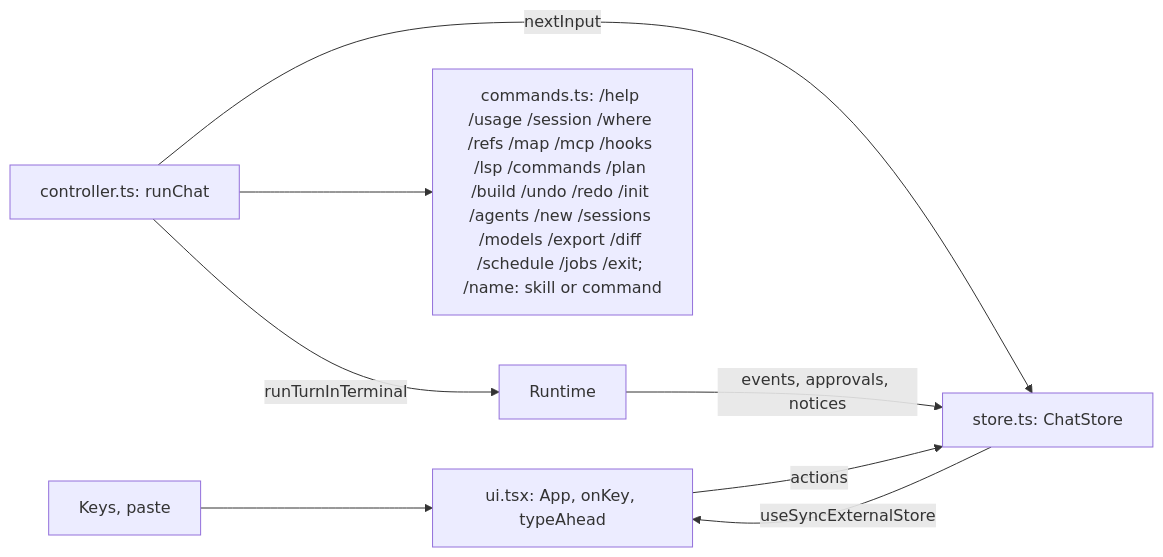
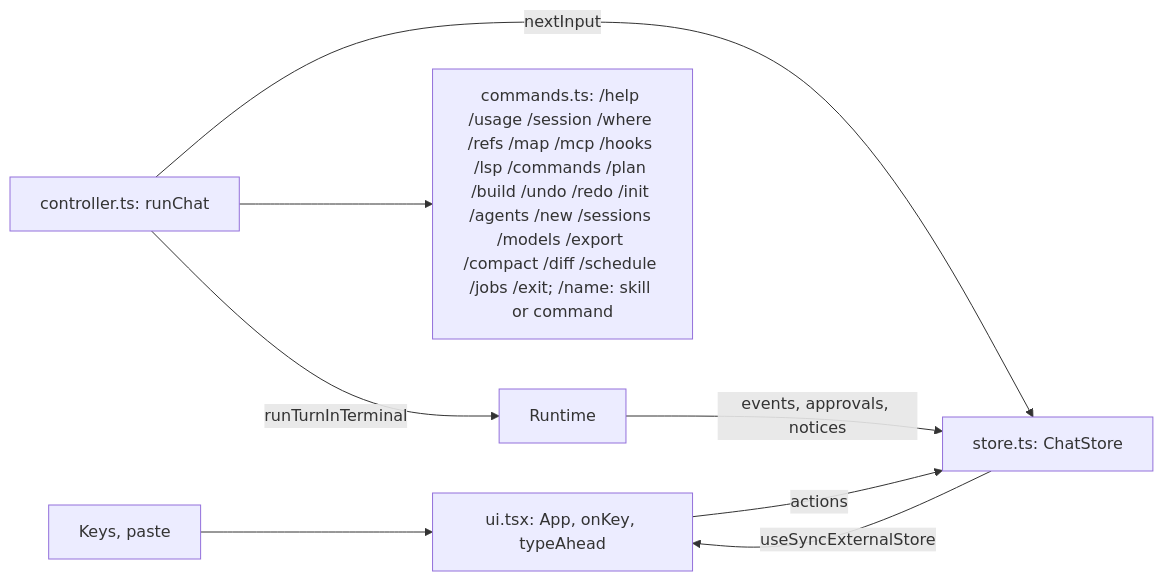
One commit to madhu-sv/garuda changed the diagram in docs/lld/cli.md. Above: the diagram before and after it, drawn with Mermaid. The commit also changed other lines of this file and 17 other files, not shown here.

````diff
--- a/docs/lld/cli.md
+++ b/docs/lld/cli.md
@@ -137,10 +137,10 @@
 ```mermaid
 flowchart LR
   keys[Keys, paste] --> ui[ui.tsx: App, onKey, typeAhead]
   ui -->|actions| store[store.ts: ChatStore]
   store -->|useSyncExternalStore| ui
   ctrl[controller.ts: runChat] -->|nextInput| store
-  ctrl --> cmds[commands.ts: /help /usage /session /where /refs /map /mcp /hooks /lsp /commands /plan /build /undo /redo /init /agents /new /sessions /models /export /diff /schedule /jobs /exit; /name: skill or command]
+  ctrl --> cmds[commands.ts: /help /usage /session /where /refs /map /mcp /hooks /lsp /commands /plan /build /undo /redo /init /agents /new /sessions /models /export /compact /diff /schedule /jobs /exit; /name: skill or command]
   ctrl -->|runTurnInTerminal| rt[Runtime]
   rt -->|events, approvals, notices| store
 ```
````
